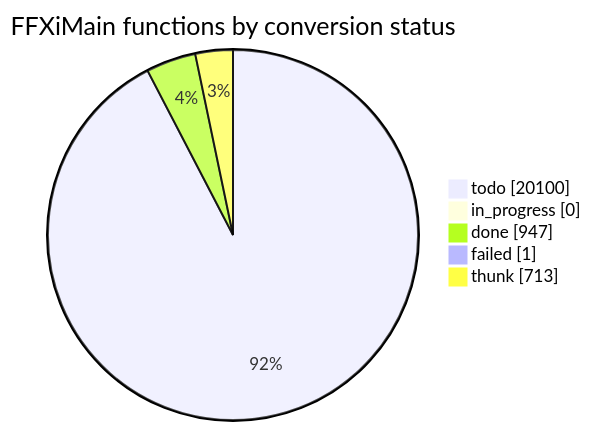
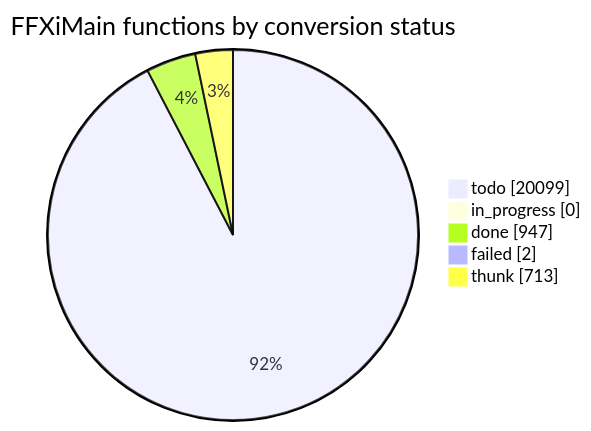
The diagram in docs/cow/STATUS.md (cowrevenge/cow_kuluu_xi_anything), drawn with Mermaid before and after one commit. The commit also changed other lines of this file and 6 other files, not shown here.

````diff
--- a/docs/cow/STATUS.md
+++ b/docs/cow/STATUS.md
@@ -18,9 +18,9 @@
 ```mermaid
 pie showData
     title FFXiMain functions by conversion status
-    "todo" : 20100
+    "todo" : 20099
     "in_progress" : 0
     "done" : 947
-    "failed" : 1
+    "failed" : 2
     "thunk" : 713
 ```
````
